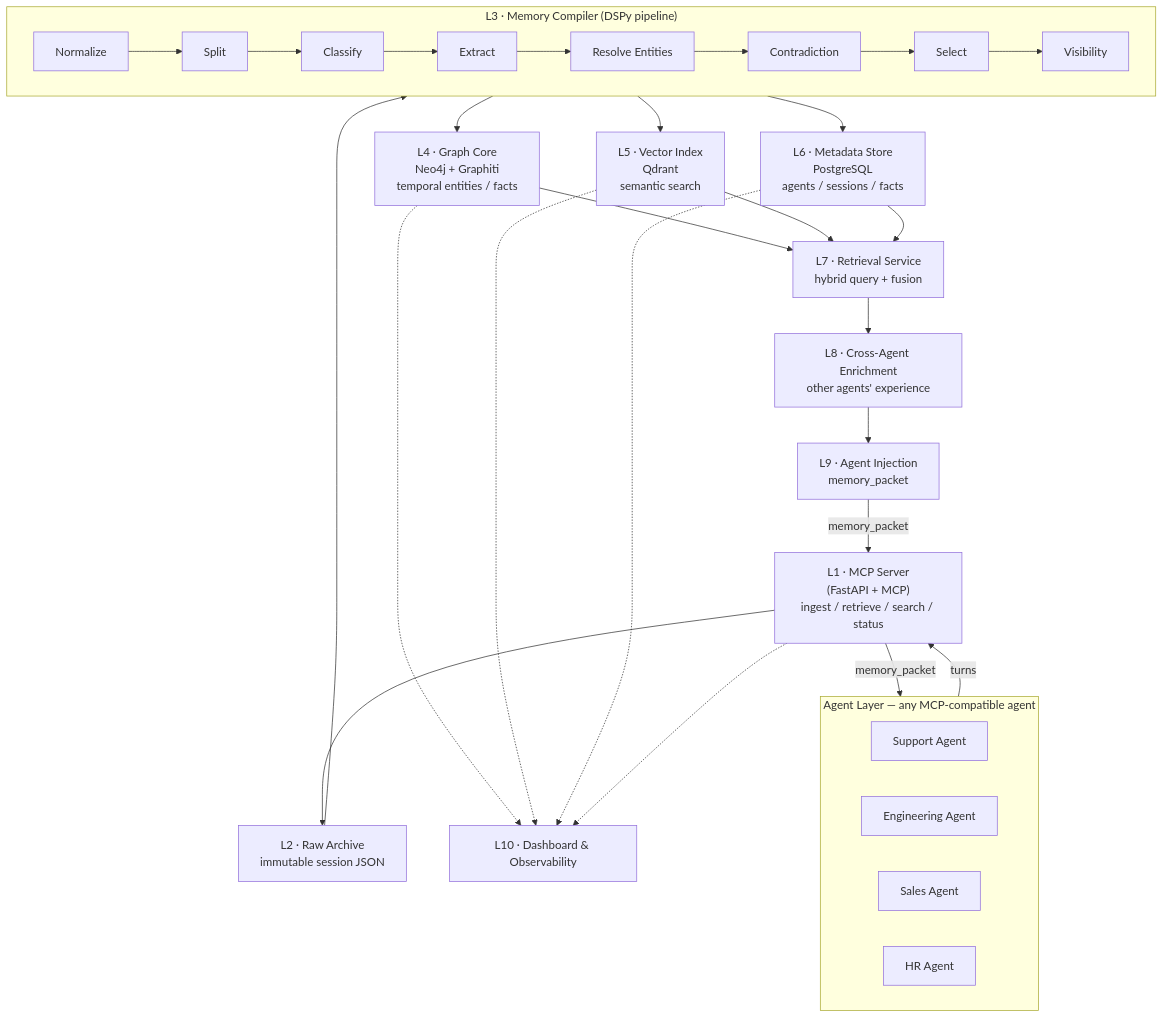
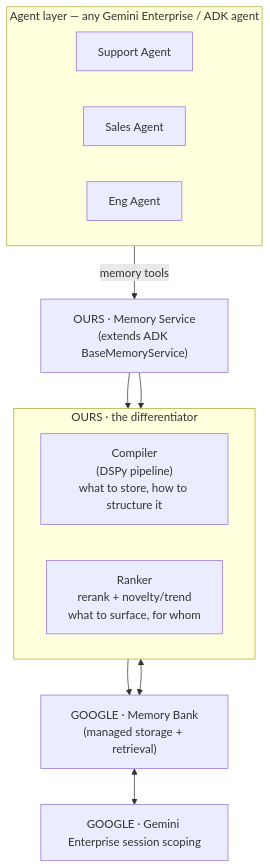
One commit to camorazrushimoe/federated-agent-memory changed the diagram in docs/02-architecture.md. Above: the diagram before and after it, drawn with Mermaid. The commit also changed other lines of this file and 9 other files, not shown here.

First line of the commit message:
Adopt Google Memory Bank — replace self-built stack (v2 architecture)

````diff
--- a/docs/02-architecture.md
+++ b/docs/02-architecture.md
@@ -9,48 +20,27 @@
 ```mermaid
 flowchart TB
-    subgraph AG["Agent Layer — any MCP-compatible agent"]
+    subgraph AG["Agent layer — any Gemini Enterprise / ADK agent"]
         direction LR
         SUP["Support Agent"]
-        ENG["Engineering Agent"]
         SAL["Sales Agent"]
-        HR["HR Agent"]
+        ENG["Eng Agent"]
     end
 
-    API["L1 · MCP Server<br/>(FastAPI + MCP)<br/>ingest / retrieve / search / status"]
+    MS["OURS · Memory Service<br/>(extends ADK BaseMemoryService)"]
 
-    RAW["L2 · Raw Archive<br/>immutable session JSON"]
-
-    subgraph COMP["L3 · Memory Compiler (DSPy pipeline)"]
+    subgraph CORE["OURS · the differentiator"]
         direction LR
-        C1["Normalize"] --> C2["Split"] --> C3["Classify"] --> C4["Extract"]
-        C4 --> C5["Resolve Entities"] --> C6["Contradiction"] --> C7["Select"] --> C8["Visibility"]
+        CMP["Compiler<br/>(DSPy pipeline)<br/>what to store, how to structure it"]
+        RNK["Ranker<br/>rerank + novelty/trend<br/>what to surface, for whom"]
     end
 
-    GRAPH["L4 · Graph Core<br/>Neo4j + Graphiti<br/>temporal entities / facts"]
-    VEC["L5 · Vector Index<br/>Qdrant<br/>semantic search"]
-    META["L6 · Metadata Store<br/>PostgreSQL<br/>agents / sessions / facts"]
+    MB["GOOGLE · Memory Bank<br/>(managed storage + retrieval)"]
+    SES["GOOGLE · Gemini Enterprise session scoping"]
 
-    RET["L7 · Retrieval Service<br/>hybrid query + fusion"]
-    ENR["L8 · Cross-Agent Enrichment<br/>other agents' experience"]
-    INJ["L9 · Agent Injection<br/>memory_packet"]
-    DASH["L10 · Dashboard & Observability"]
-
-    AG -->|"turns"| API
-    API --> RAW
-    RAW --> COMP
-    COMP --> GRAPH
-    COMP --> VEC
-    COMP --> META
-    GRAPH --> RET
-    VEC --> RET
-    META --> RET
-    RET --> ENR
-    ENR --> INJ
-    INJ -->|"memory_packet"| API
-    API -->|"memory_packet"| AG
-
-    GRAPH -.-> DASH
-    VEC -.-> DASH
-    META -.-> DASH
-    API -.-> DASH
+    AG -->|"memory tools"| MS
+    MS --> CMP
+    MS --> RNK
+    CMP --> MB
+    RNK <--> MB
+    MB <--> SES
 ```
````
